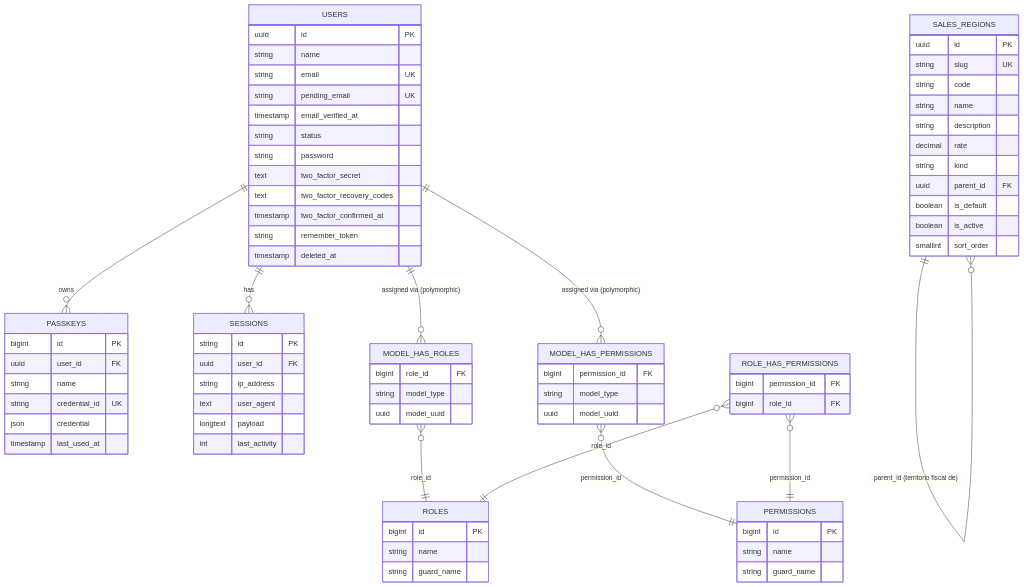
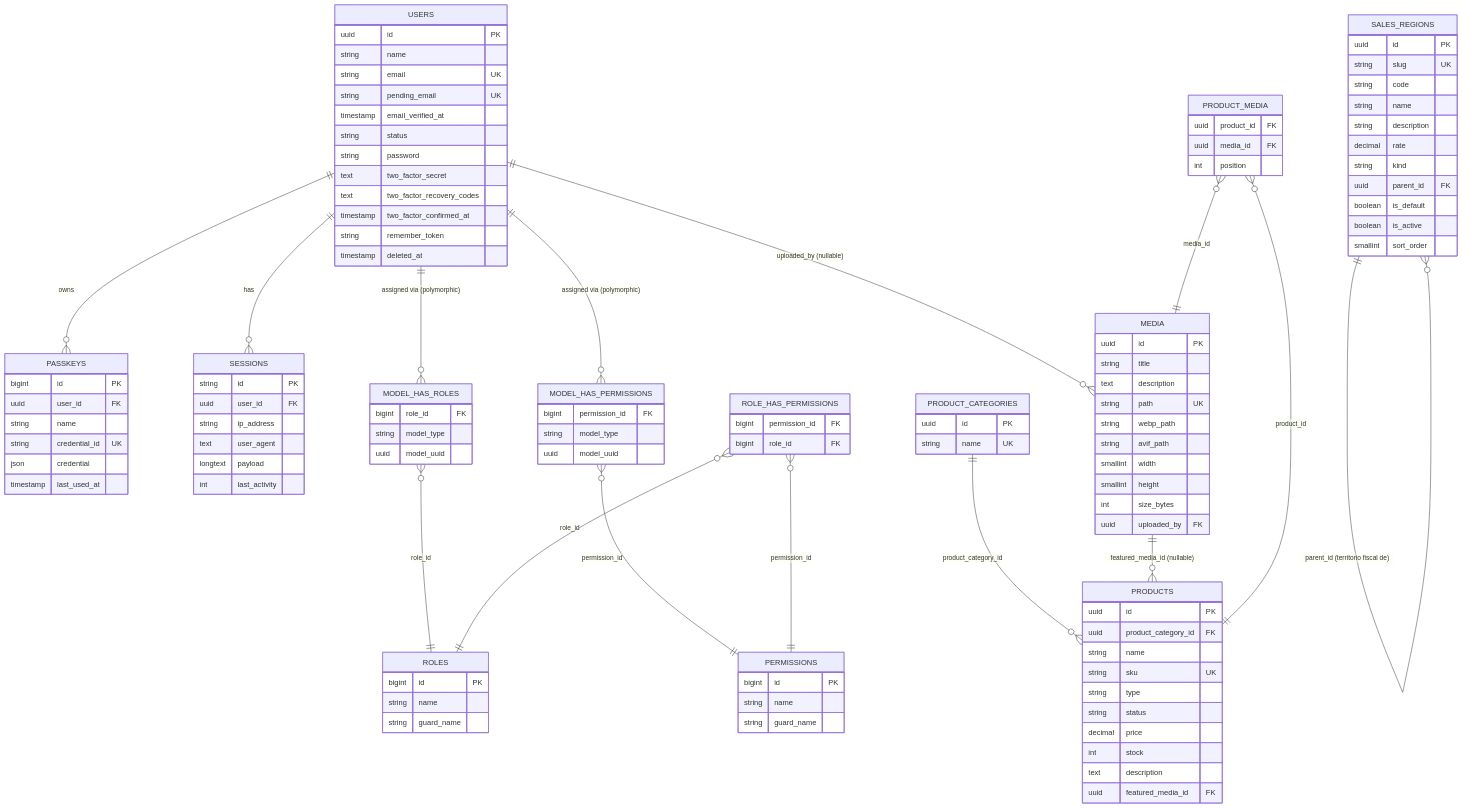
One commit to LIDR-academy/AI4Devs-finalproject changed the second of 2 diagrams in readme.md. Above: the diagram before and after it, drawn with Mermaid. The commit also changed other lines of this file and 8 other files, not shown here.

First line of the commit message:
docs(product-categories): sync documentation for story 0025

````diff
--- a/readme.md
+++ b/readme.md
@@ -463,6 +472,11 @@
     ROLE_HAS_PERMISSIONS }o--|| ROLES : role_id
     ROLE_HAS_PERMISSIONS }o--|| PERMISSIONS : permission_id
     SALES_REGIONS ||--o{ SALES_REGIONS : "parent_id (territorio fiscal de)"
+    USERS ||--o{ MEDIA : "uploaded_by (nullable)"
+    PRODUCT_CATEGORIES ||--o{ PRODUCTS : product_category_id
+    MEDIA ||--o{ PRODUCTS : "featured_media_id (nullable)"
+    PRODUCT_MEDIA }o--|| PRODUCTS : product_id
+    PRODUCT_MEDIA }o--|| MEDIA : media_id
 
     USERS {
         uuid id PK
@@ -531,4 +545,37 @@
         boolean is_active
         smallint sort_order
     }
+    MEDIA {
+        uuid id PK
+        string title
+        text description
+        string path UK
+        string webp_path
+        string avif_path
+        smallint width
+        smallint height
+        int size_bytes
+        uuid uploaded_by FK
+    }
+    PRODUCT_CATEGORIES {
+        uuid id PK
+        string name UK
+    }
+    PRODUCTS {
+        uuid id PK
+        uuid product_category_id FK
+        string name
+        string sku UK
+        string type
+        string status
+        decimal price
+        int stock
+        text description
+        uuid featured_media_id FK
+    }
+    PRODUCT_MEDIA {
+        uuid product_id FK
+        uuid media_id FK
+        int position
+    }
 ```
````
